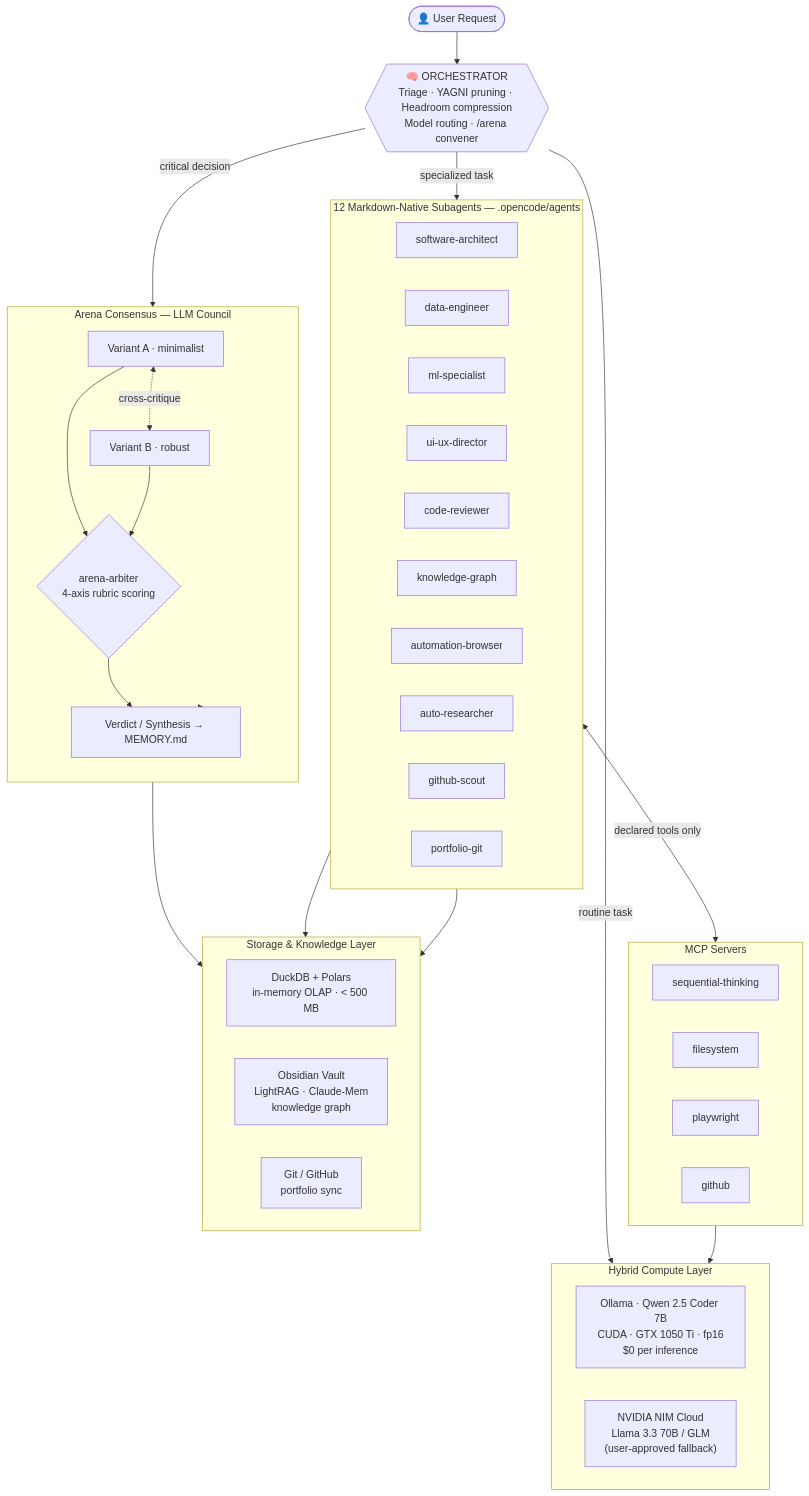
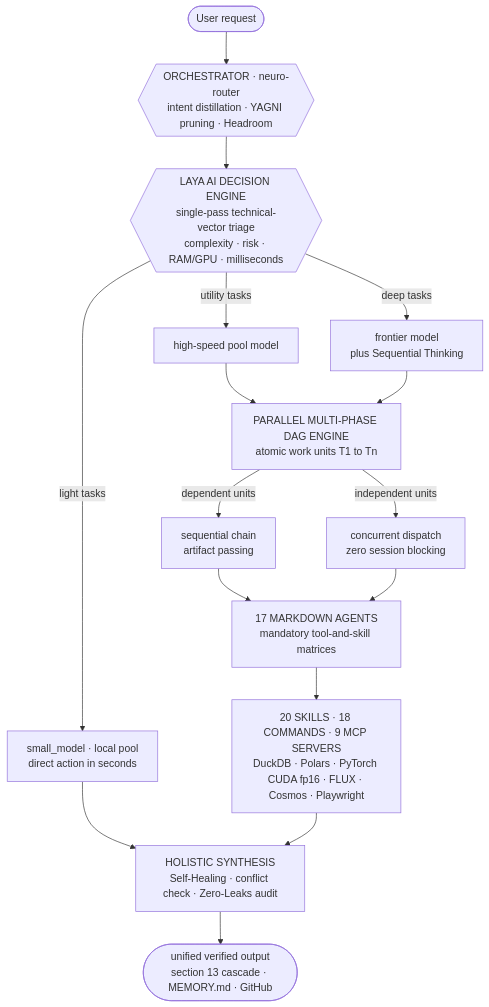
One commit to AFelipeRD/AI_Nexus_Core changed the diagram in README.md. Above: the diagram before and after it, drawn with Mermaid. The commit also changed other lines of this file and 2 other files, not shown here.

Commit message:
docs(portfolio): update README to v2.0.0, set GitHub repository metadata, and publish live concurrency traceability benchmark

````diff
--- a/README.md
+++ b/README.md
@@ -52,59 +65,18 @@
 ```mermaid
 flowchart TB
-    U([👤 User Request]) --> ORC
-
-    ORC{{"🧠 ORCHESTRATOR<br/>Triage · YAGNI pruning · Headroom compression<br/>Model routing · /arena convener"}}
-
-    subgraph SQUAD ["12 Markdown-Native Subagents — .opencode/agents"]
-        direction LR
-        SA["software-architect"]
-        DE["data-engineer"]
-        ML["ml-specialist"]
-        UI["ui-ux-director"]
-        SEC["code-reviewer"]
-        KG["knowledge-graph"]
-        AB["automation-browser"]
-        AR["auto-researcher"]
-        GS["github-scout"]
-        PG["portfolio-git"]
-    end
-
-    subgraph ARENA ["Arena Consensus — LLM Council"]
-        direction TB
-        CA["Variant A · minimalist"] <-.cross-critique.-> CB["Variant B · robust"]
-        CA --> ARB{"arena-arbiter<br/>4-axis rubric scoring"}
-        CB --> ARB
-        ARB --> V["Verdict / Synthesis → MEMORY.md"]
-    end
-
-    subgraph MCP ["MCP Servers"]
-        direction LR
-        ST["sequential-thinking"]
-        FS["filesystem"]
-        PW["playwright"]
-        GH["github"]
-    end
-
-    subgraph COMPUTE ["Hybrid Compute Layer"]
-        direction LR
-        OLL["Ollama · Qwen 2.5 Coder 7B<br/>CUDA · GTX 1050 Ti · fp16<br/>$0 per inference"]
-        NIM["NVIDIA NIM Cloud<br/>Llama 3.3 70B / GLM<br/>(user-approved fallback)"]
-    end
-
-    subgraph STORAGE ["Storage & Knowledge Layer"]
-        direction LR
-        DUCK["DuckDB + Polars<br/>in-memory OLAP · < 500 MB"]
-        OBS["Obsidian Vault<br/>LightRAG · Claude-Mem<br/>knowledge graph"]
-        GIT["Git / GitHub<br/>portfolio sync"]
-    end
-
-    ORC -->|"routine task"| OLL
-    ORC -->|"specialized task"| SQUAD
-    ORC -->|"critical decision"| ARENA
-    SQUAD <-->|"declared tools only"| MCP
-    MCP --> COMPUTE
-    SQUAD --> STORAGE
-    ARENA --> V
-    V --> OBS
-    PG --> GIT
+    U(["User request"]) --> ORC{{"ORCHESTRATOR · neuro-router<br/>intent distillation · YAGNI pruning · Headroom"}}
+    ORC --> LAYA{{"LAYA AI DECISION ENGINE<br/>single-pass technical-vector triage<br/>complexity · risk · RAM/GPU · milliseconds"}}
+    LAYA -->|"light tasks"| T0["small_model · local pool<br/>direct action in seconds"]
+    LAYA -->|"utility tasks"| T1["high-speed pool model"]
+    LAYA -->|"deep tasks"| T2["frontier model<br/>plus Sequential Thinking"]
+    T1 --> DAG["PARALLEL MULTI-PHASE DAG ENGINE<br/>atomic work units T1 to Tn"]
+    T2 --> DAG
+    T0 --> SYN
+    DAG -->|"dependent units"| SEQ["sequential chain<br/>artifact passing"]
+    DAG -->|"independent units"| PAR["concurrent dispatch<br/>zero session blocking"]
+    SEQ --> SQUAD["17 MARKDOWN AGENTS<br/>mandatory tool-and-skill matrices"]
+    PAR --> SQUAD
+    SQUAD --> RES["20 SKILLS · 18 COMMANDS · 9 MCP SERVERS<br/>DuckDB · Polars · PyTorch CUDA fp16 · FLUX · Cosmos · Playwright"]
+    RES --> SYN["HOLISTIC SYNTHESIS<br/>Self-Healing · conflict check · Zero-Leaks audit"]
+    SYN --> OUT(["unified verified output<br/>section 13 cascade · MEMORY.md · GitHub"])
 ```
````
